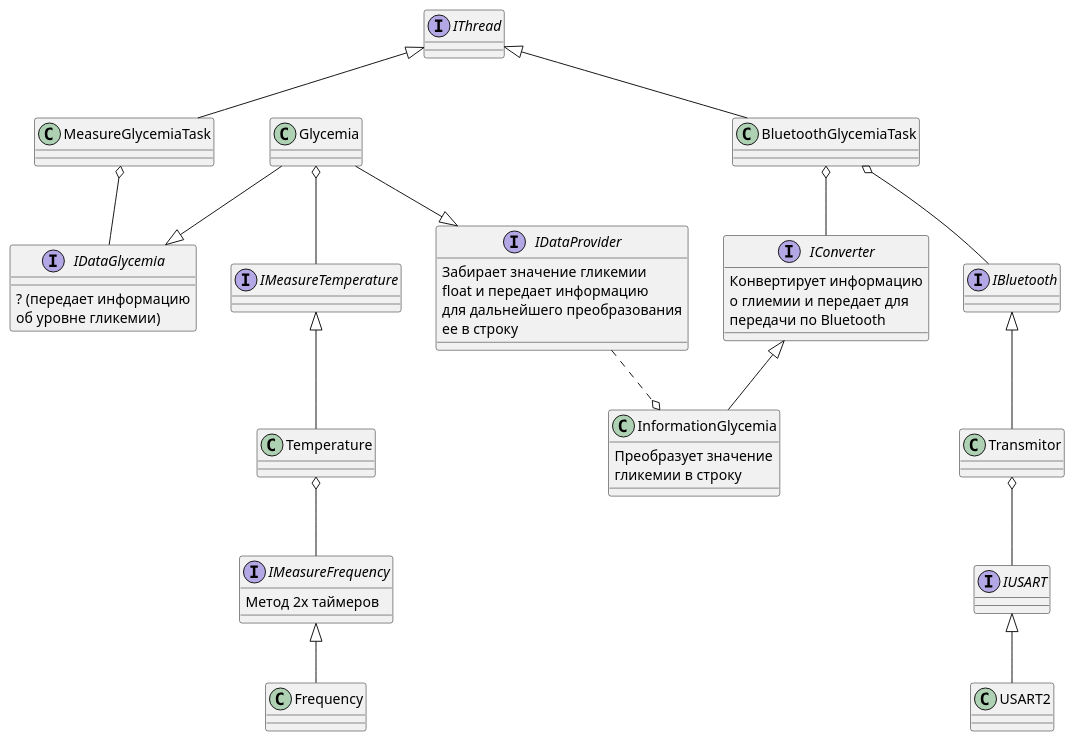
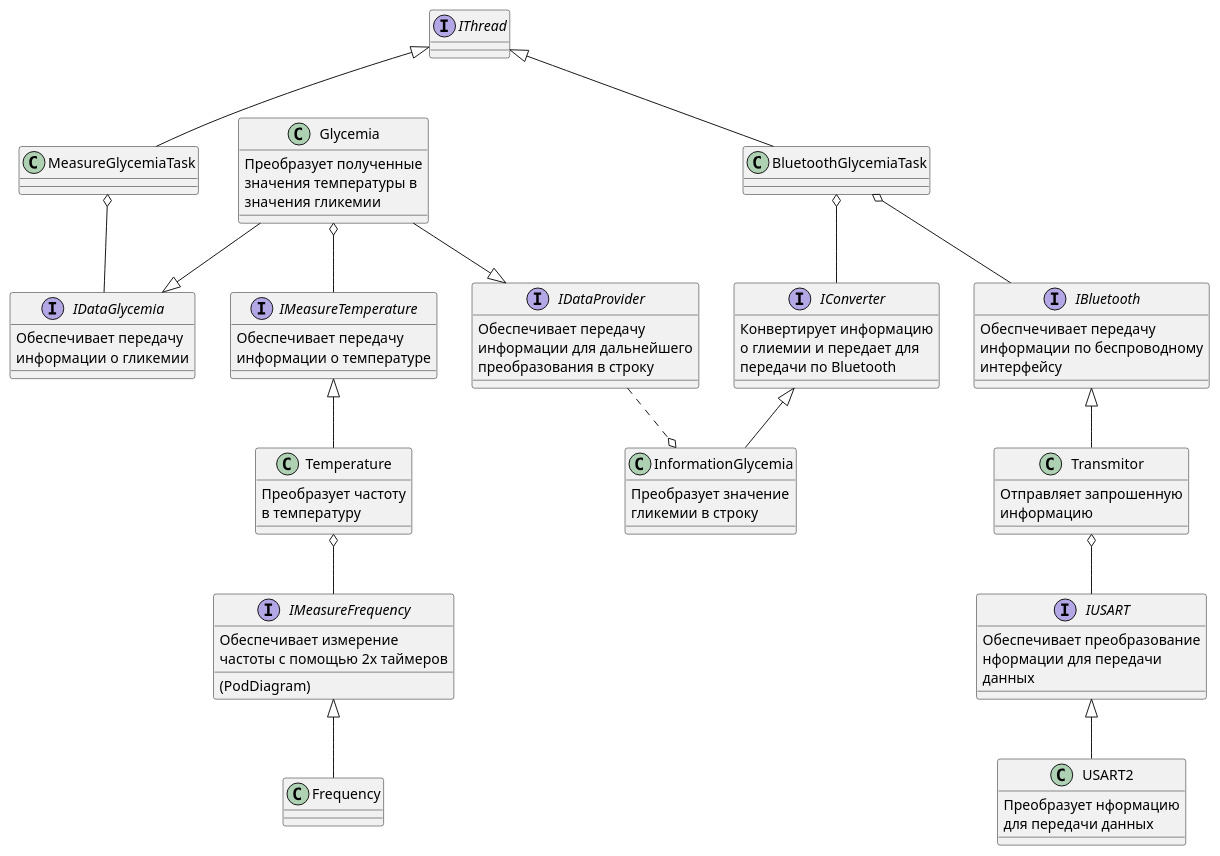
The diagram in DOC/Diagram.puml (Luda-Seliv-KE-413/Kursovoy), drawn with PlantUML before and after one commit. The commit also changed 2 other files, not shown here.

```diff
--- a/DOC/Diagram.puml
+++ b/DOC/Diagram.puml
@@ -1,64 +1,96 @@
-@startuml name 
+@startuml main 
 
 interface IThread
 class MeasureGlycemiaTask
 class Glycemia
+{
+    Преобразует полученные
+    значения температуры в
+    значения гликемии
+}
 interface IMeasureTemperature
+{
+    Обеспечивает передачу
+    информации о температуре
+}
 class Temperature
+{
+    Преобразует частоту
+    в температуру
+}
 interface IMeasureFrequency
 {
-    Метод 2х таймеров
+    Обеспечивает измерение
+    частоты с помощью 2х таймеров
+    (PodDiagram)
 }
 class Frequency
 
 IThread <|-down- MeasureGlycemiaTask
 IDataGlycemia -up-o MeasureGlycemiaTask
 IDataGlycemia <|-up- Glycemia
 IMeasureTemperature -up-o Glycemia
 Temperature -up-|> IMeasureTemperature
 Frequency -up-|> IMeasureFrequency
 IMeasureFrequency -up-o Temperature
 
 
 class BluetoothGlycemiaTask
 class USART2
+{
+    Преобразует нформацию
+    для передачи данных
+}
 class Transmitor
+{
+    Отправляет запрошенную
+    информацию
+}
 interface IDataGlycemia
 {
-    ? (передает информацию
-    об уровне гликемии)
+    Обеспечивает передачу
+    информации о гликемии
 }
 class InformationGlycemia
 {
     Преобразует значение 
     гликемии в строку
 }
 interface IBluetooth
+{
+    Обеспчечивает передачу 
+    информации по беспроводному
+    интерфейсу
+}
 interface IUSART
+{
+    Обеспечивает преобразование 
+    нформации для передачи 
+    данных
+}
 interface IConverter
 {
     Конвертирует информацию 
     о глиемии и передает для 
     передачи по Bluetooth
 }
 interface IDataProvider
 {
-    Забирает значение гликемии
-    float и передает информацию
-    для дальнейшего преобразования
-    ее в строку
+    Обеспечивает передачу 
+    информации для дальнейшего 
+    преобразования в строку
 }
 
 IThread <|-- BluetoothGlycemiaTask
 BluetoothGlycemiaTask o-- IBluetooth
 Transmitor -up-|> IBluetooth
 IUSART -up-o Transmitor
 USART2 -up-|> IUSART
 InformationGlycemia -up-|> IConverter
 IConverter -up-o BluetoothGlycemiaTask
 
 
 InformationGlycemia o.up.IDataProvider
 Glycemia --|> IDataProvider
 
 @enduml
```
